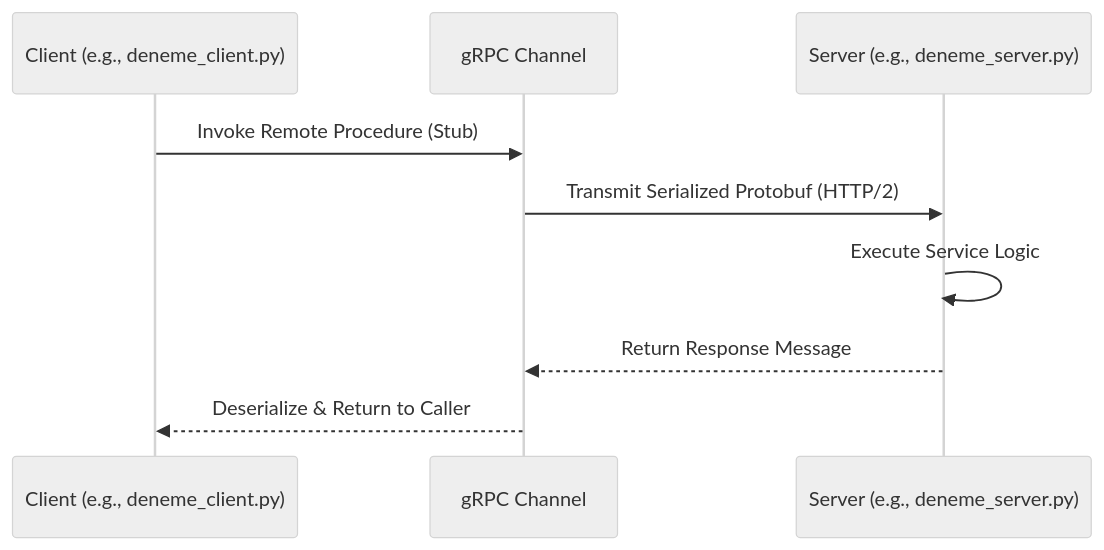
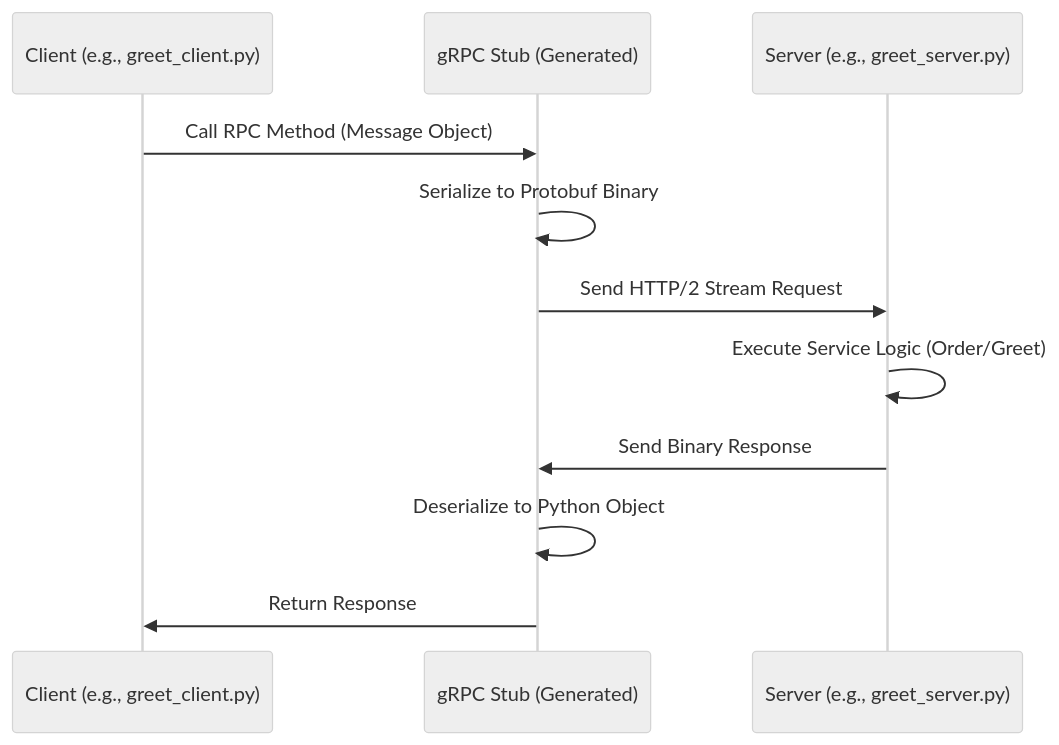
One commit to YusuffBulbul/GRPC_calisma changed the second of 2 diagrams in README_ARCH.md. Above: the diagram before and after it, drawn with Mermaid (neutral theme). The commit also changed other lines of this file, not shown here.

````diff
--- a/README_ARCH.md
+++ b/README_ARCH.md
@@ -53,13 +65,15 @@
 ```mermaid
 sequenceDiagram
-    participant C as Client (e.g., deneme_client.py)
-    participant G as gRPC Channel
-    participant S as Server (e.g., deneme_server.py)
+    participant C as Client (e.g., greet_client.py)
+    participant S as gRPC Stub (Generated)
+    participant SRV as Server (e.g., greet_server.py)
 
-    C->>G: Invoke Remote Procedure (Stub)
-    G->>S: Transmit Serialized Protobuf (HTTP/2)
-    S->>S: Execute Service Logic
-    S-->>G: Return Response Message
-    G-->>C: Deserialize & Return to Caller
+    C->>S: Call RPC Method (Message Object)
+    S->>S: Serialize to Protobuf Binary
+    S->>SRV: Send HTTP/2 Stream Request
+    SRV->>SRV: Execute Service Logic (Order/Greet)
+    SRV->>S: Send Binary Response
+    S->>S: Deserialize to Python Object
+    S->>C: Return Response
 
 ```
````
